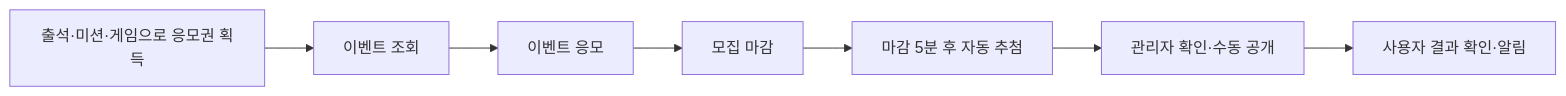
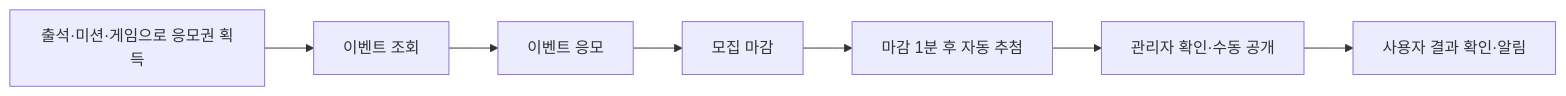
Before and after one commit to Uplus-GETDDO/getddo-be: the first of 25 diagrams in README.md, drawn with Mermaid. The commit also changed other lines of this file and 21 other files, not shown here.

````diff
--- a/README.md
+++ b/README.md
@@ -34,9 +34,9 @@
 ```mermaid
 flowchart LR
     Earn["출석·미션·게임으로 응모권 획득"] --> Browse["이벤트 조회"]
     Browse --> Enter["이벤트 응모"]
     Enter --> Close["모집 마감"]
-    Close --> Draw["마감 5분 후 자동 추첨"]
+    Close --> Draw["마감 1분 후 자동 추첨"]
     Draw --> Review["관리자 확인·수동 공개"]
     Review --> Result["사용자 결과 확인·알림"]
 ```
````
